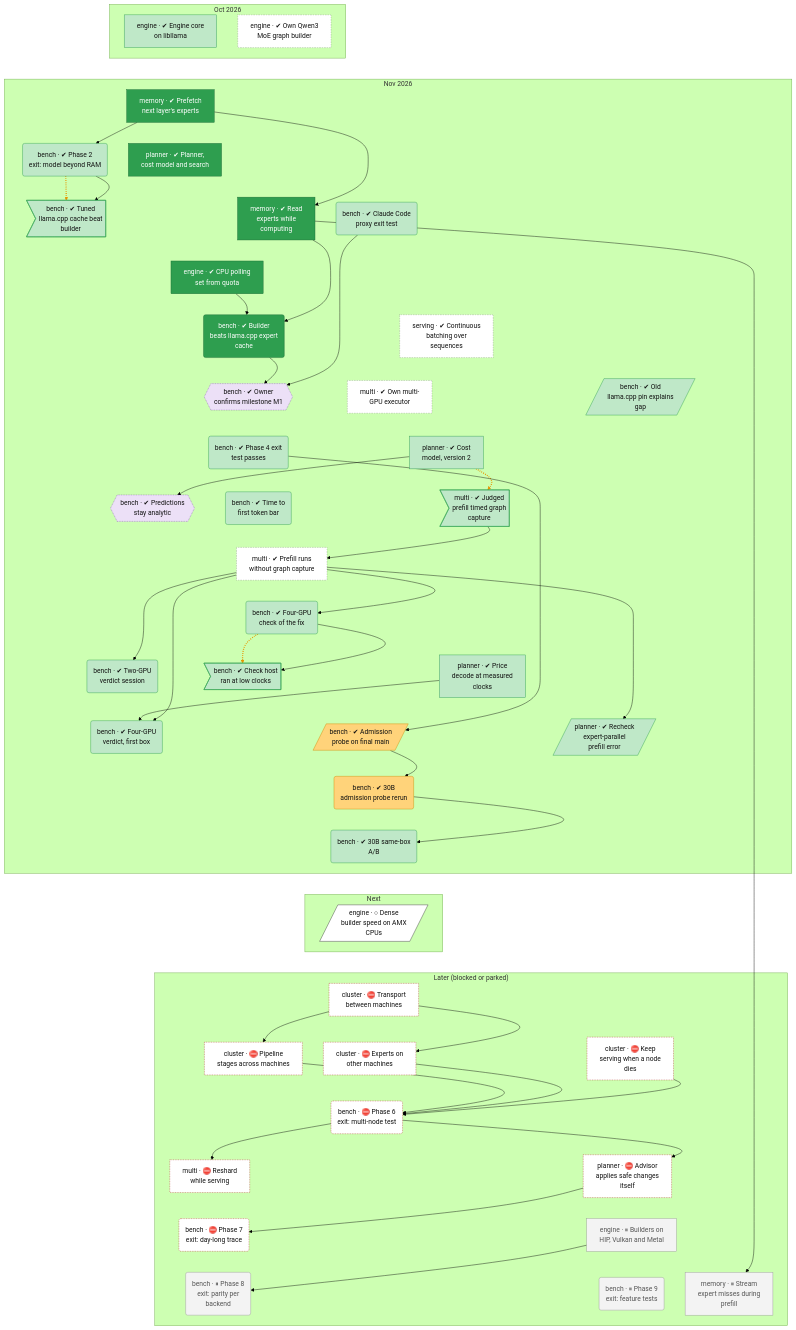
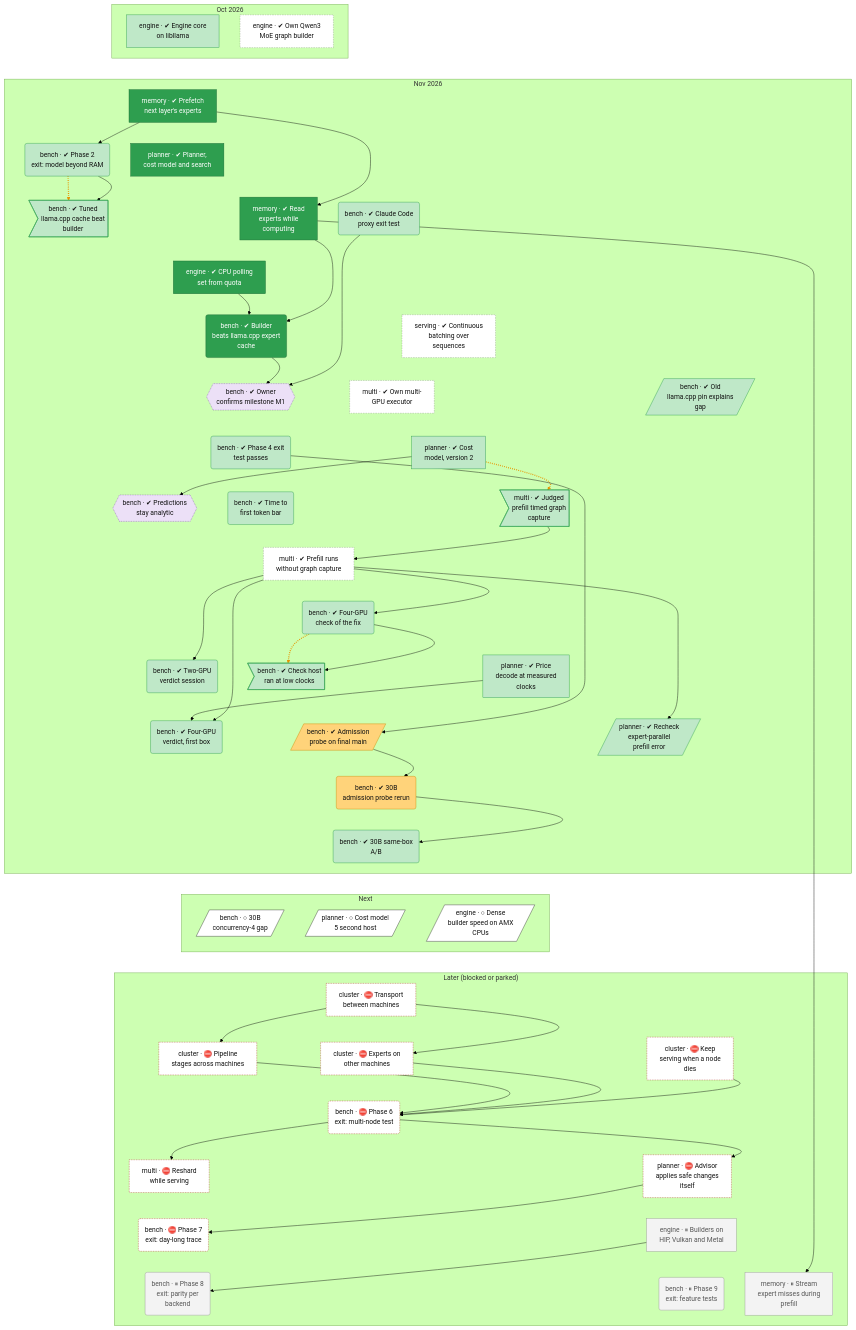
One commit to lhns/tetraeder changed the second of 2 diagrams in docs/roadmap.md. Above: the diagram before and after it, drawn with Mermaid (forest theme). The commit also changed other lines of this file and 14 other files, not shown here.

Commit message:
M2 reached (owner, on the advisor's recommendation): ADRs 0068, 0069, 0081, 0082 accepted; rule changes and delegated calls ratified; A/B stands in for the 30B D2a half; ADR 0065 rerun-fix history; tree: M2 done, transport next, 30B c4 gap and cost model 5 second host added

````diff
--- a/docs/roadmap.md
+++ b/docs/roadmap.md
@@ -135,6 +135,8 @@
         bench_ab30b("bench · ✔ 30B same-box<br/>A/B")
     end
     subgraph bd_2["Next"]
+        bench_30b_c4_gap[/"bench · ○ 30B<br/>concurrency-4 gap"/]
+        planner_cost_model_v5_host2[/"planner · ○ Cost model<br/>5 second host"/]
         engine_dense_amx[/"engine · ○ Dense<br/>builder speed on AMX<br/>CPUs"/]
     end
     subgraph bd_3["Later (blocked or parked)"]
@@ -186,7 +188,11 @@
     bench_v4a_verdict ~~~ bench_d2a_30b
     planner_ep_prefill_recheck ~~~ bench_d2a_30b
     bench_d2a_30b ~~~ bench_ab30b
+    bench_ab30b ~~~ bench_30b_c4_gap
+    bench_ab30b ~~~ planner_cost_model_v5_host2
     bench_ab30b ~~~ engine_dense_amx
+    bench_30b_c4_gap ~~~ cluster_transport
+    planner_cost_model_v5_host2 ~~~ cluster_transport
     engine_dense_amx ~~~ cluster_transport
     cluster_transport ~~~ cluster_pipeline_nodes
     cluster_transport ~~~ cluster_experts_nodes
@@ -232,7 +238,7 @@
     planner_advisor_auto --> bench_phase7_exit
     engine_backend_parity --> bench_phase8_exit
     memory_io_service --> memory_prefill_misses
-    linkStyle 51,58,62 stroke:#e69500,stroke-width:3px,stroke-dasharray:2 3
+    linkStyle 55,62,66 stroke:#e69500,stroke-width:3px,stroke-dasharray:2 3
     classDef vsucc fill:#2e9e4f,stroke:#1b6b34,color:#fff
     classDef succ fill:#bfe8c8,stroke:#2e9e4f,color:#111
     classDef mixed fill:#ffd37a,stroke:#c98a00,color:#111
@@ -252,7 +258,7 @@
     class engine_cpu_poll,memory_prefetch,memory_io_service,planner_core,bench_m1_point1 vsucc
     class bench_owner_m1,bench_owner_analytic decided
     class bench_d2a_probe,bench_d2a_30b mixed
+    class bench_30b_c4_gap,planner_cost_model_v5_host2,engine_dense_amx next
     class cluster_transport,cluster_pipeline_nodes,cluster_experts_nodes,cluster_failover,bench_phase6_exit,multi_live_reshard,planner_advisor_auto,bench_phase7_exit blocked
     class engine_backend_parity,bench_phase8_exit,bench_phase9_exit,memory_prefill_misses parked
-    class engine_dense_amx next
 ```
````
